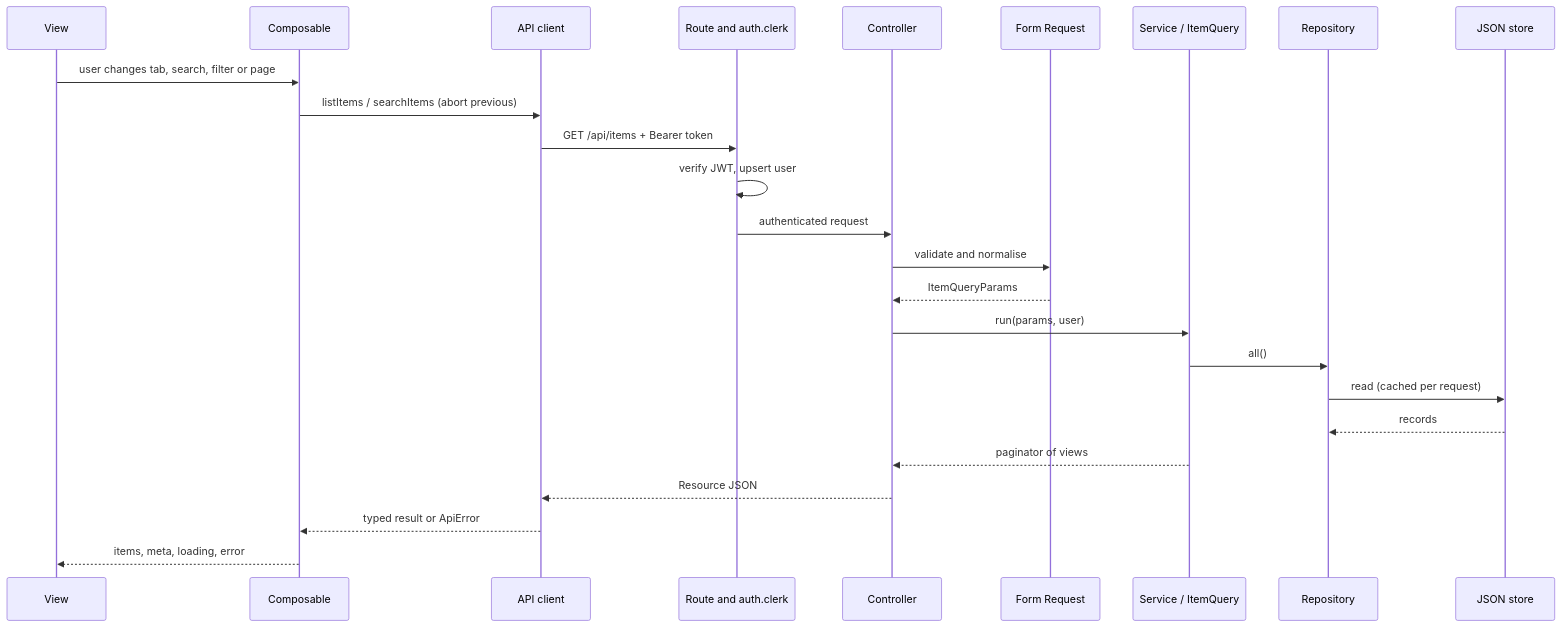
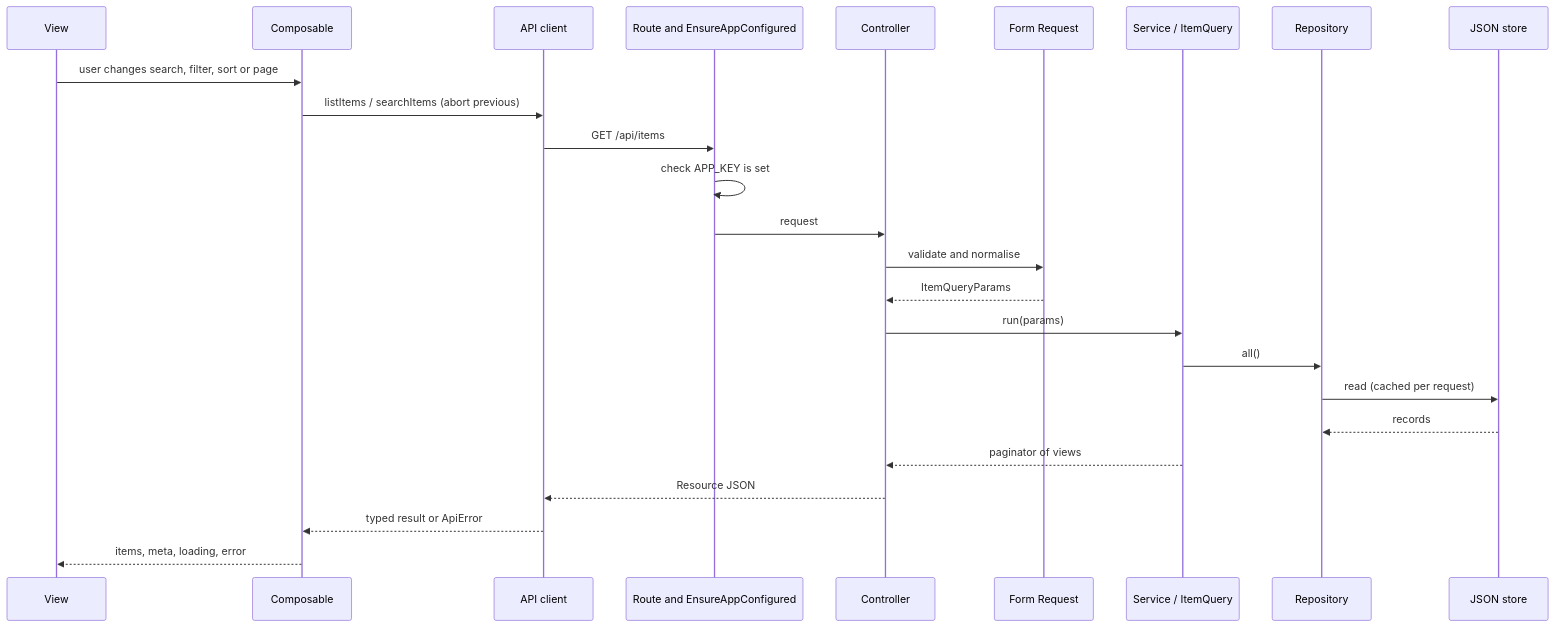
Before and after one commit to Hillelman/brainpop-assignment: the first of 2 diagrams in docs/architecture.md, drawn with Mermaid. The commit also changed other lines of this file and 11 other files, not shown here.

````diff
--- a/docs/architecture.md
+++ b/docs/architecture.md
@@ -14,28 +14,28 @@
 ```mermaid
 sequenceDiagram
     participant V as View
     participant C as Composable
     participant A as API client
-    participant R as Route and auth.clerk
+    participant R as Route and EnsureAppConfigured
     participant K as Controller
     participant F as Form Request
     participant S as Service / ItemQuery
     participant P as Repository
     participant J as JSON store
 
-    V->>C: user changes tab, search, filter or page
+    V->>C: user changes search, filter, sort or page
     C->>A: listItems / searchItems (abort previous)
-    A->>R: GET /api/items + Bearer token
-    R->>R: verify JWT, upsert user
-    R->>K: authenticated request
+    A->>R: GET /api/items
+    R->>R: check APP_KEY is set
+    R->>K: request
     K->>F: validate and normalise
     F-->>K: ItemQueryParams
-    K->>S: run(params, user)
+    K->>S: run(params)
     S->>P: all()
     P->>J: read (cached per request)
     J-->>P: records
     S-->>K: paginator of views
     K-->>A: Resource JSON
     A-->>C: typed result or ApiError
     C-->>V: items, meta, loading, error
 ```
````
